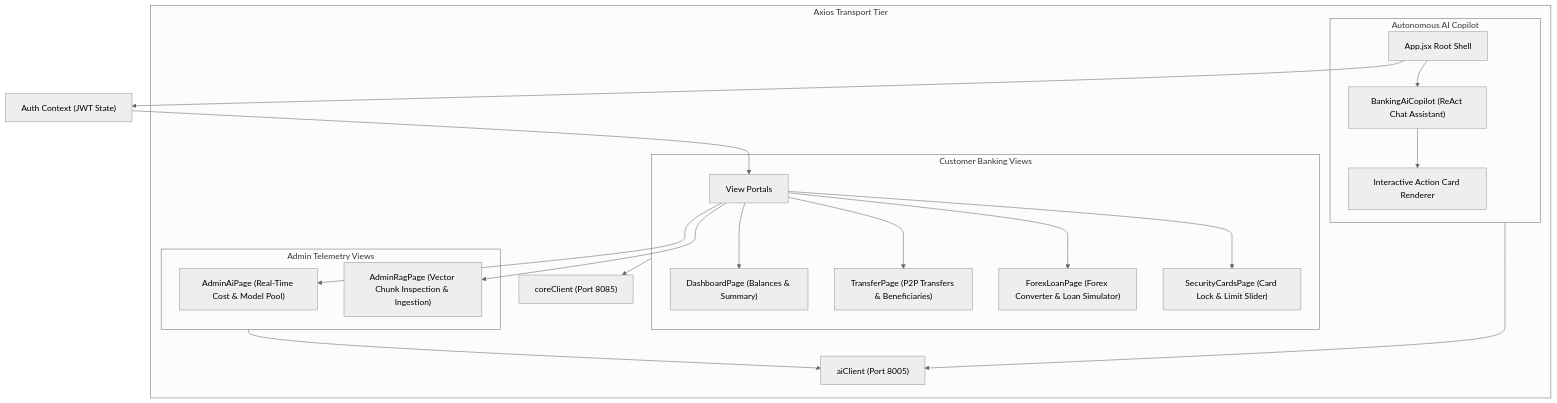
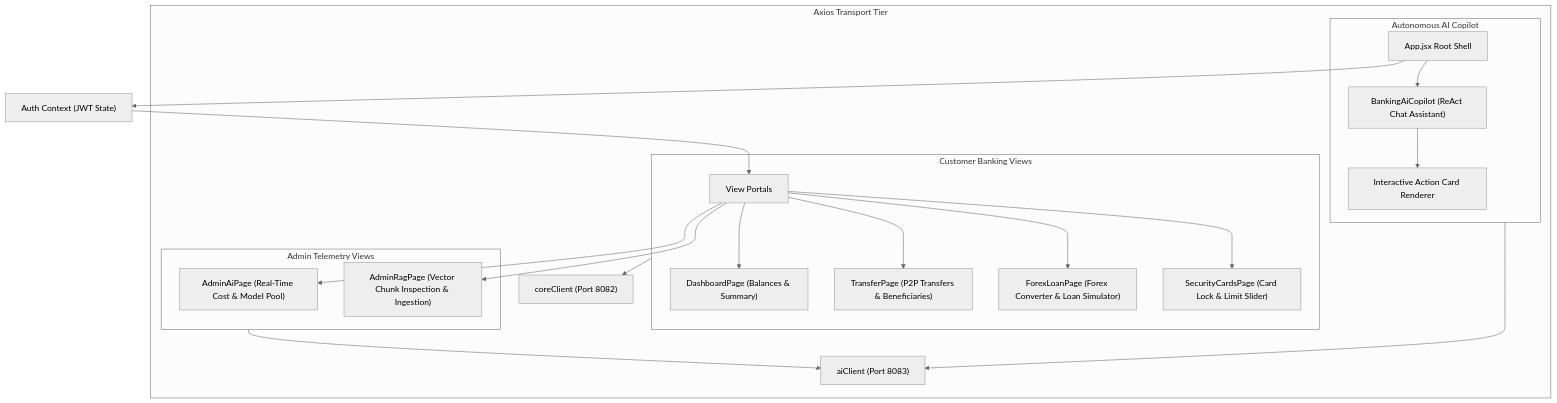
The diagram in frontend/ARCHITECTURE.md (tirenn/bank), drawn with Mermaid (neutral theme) before and after one commit. The commit also changed 8 other files, not shown here.

````diff
--- a/frontend/ARCHITECTURE.md
+++ b/frontend/ARCHITECTURE.md
@@ -9,28 +9,28 @@
 ```mermaid
 graph TD
     App["App.jsx Root Shell"] --> AuthCtx["Auth Context (JWT State)"]
     AuthCtx --> Portals["View Portals"]
 
     subgraph CustomerPortals ["Customer Banking Views"]
         Portals --> Dashboard["DashboardPage (Balances & Summary)"]
         Portals --> Transfer["TransferPage (P2P Transfers & Beneficiaries)"]
         Portals --> Wealth["ForexLoanPage (Forex Converter & Loan Simulator)"]
         Portals --> Security["SecurityCardsPage (Card Lock & Limit Slider)"]
     end
 
     subgraph AdminPortals ["Admin Telemetry Views"]
         Portals --> AdminAI["AdminAiPage (Real-Time Cost & Model Pool)"]
         Portals --> AdminRAG["AdminRagPage (Vector Chunk Inspection & Ingestion)"]
     end
 
     subgraph CopilotLayer ["Autonomous AI Copilot"]
         App --> Copilot["BankingAiCopilot (ReAct Chat Assistant)"]
         Copilot --> ActionCard["Interactive Action Card Renderer"]
     end
 
     subgraph TransportTier ["Axios Transport Tier"]
-        CustomerPortals --> CoreAPI["coreClient (Port 8085)"]
-        AdminPortals --> AIAPI["aiClient (Port 8005)"]
+        CustomerPortals --> CoreAPI["coreClient (Port 8082)"]
+        AdminPortals --> AIAPI["aiClient (Port 8083)"]
         CopilotLayer --> AIAPI
     end
 ```
````
